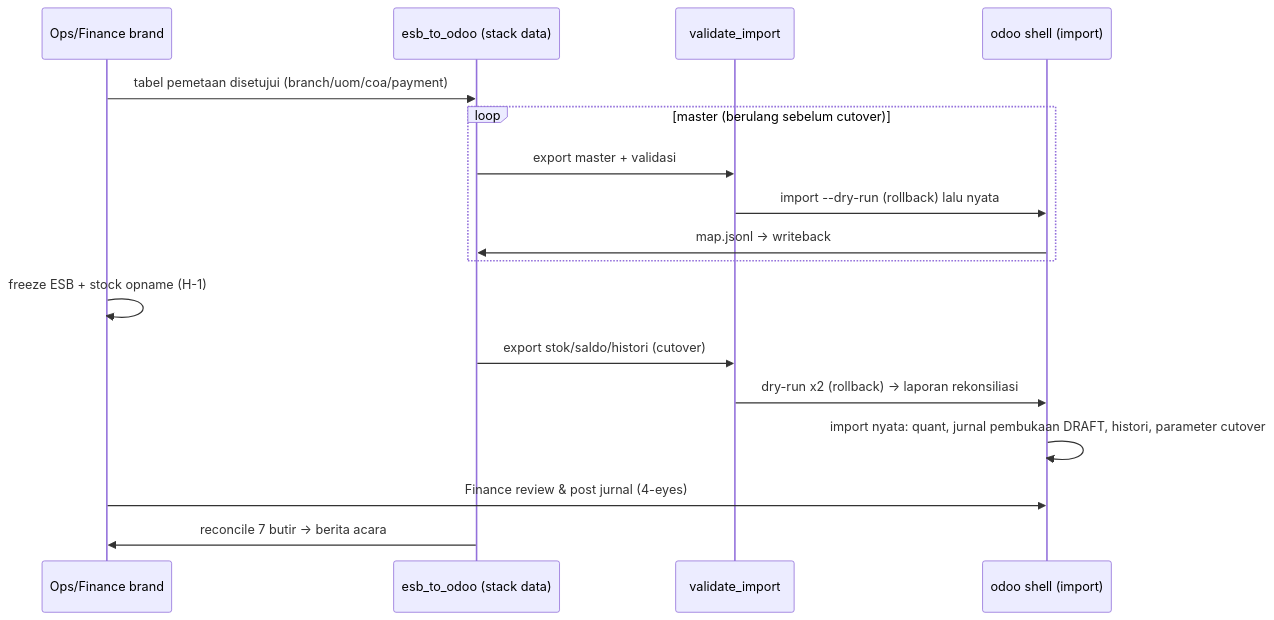
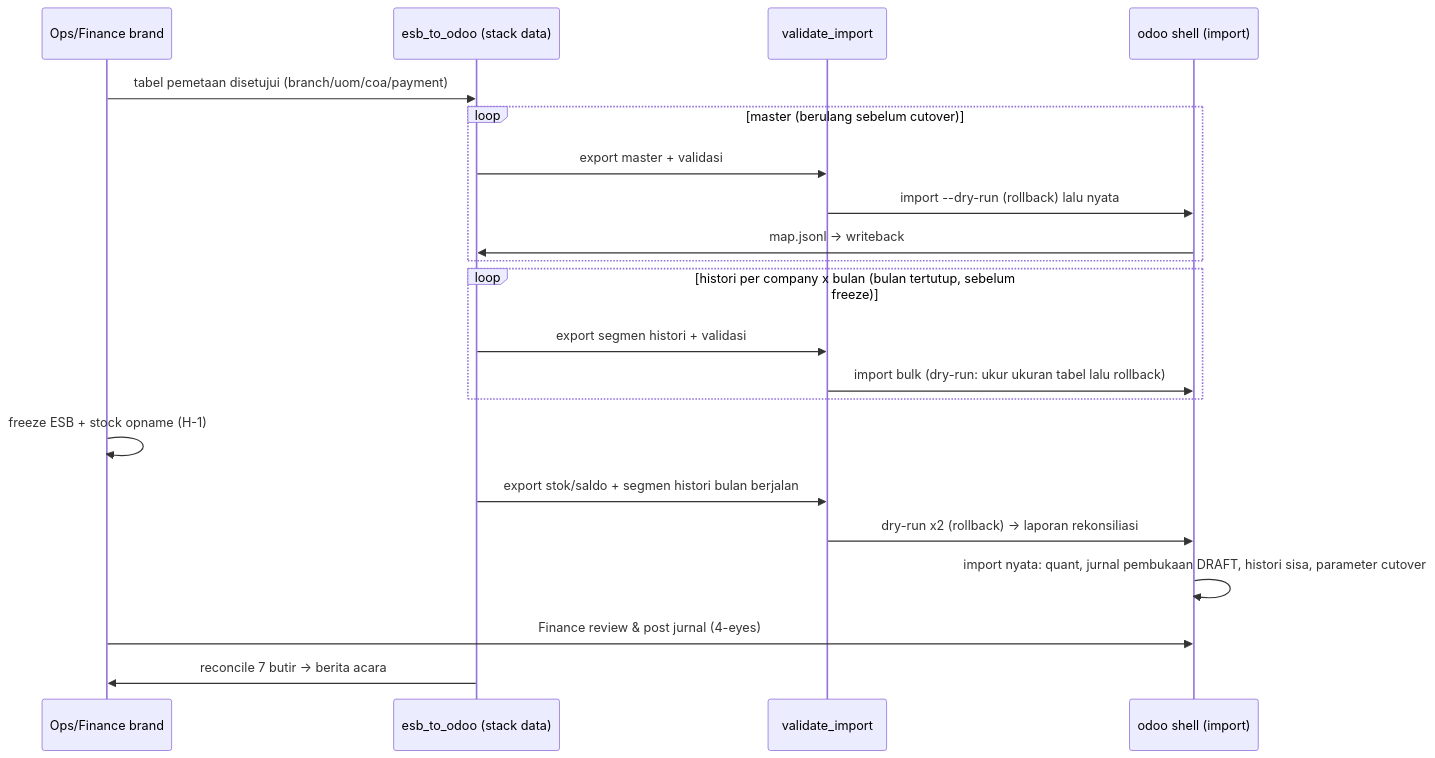
The second of 2 diagrams in docs/decisions/ADR-042-migrasi-esb-odoo-dan-histori.md (BIma-Creative-Tech/efn-platform), drawn with Mermaid before and after one commit. The commit also changed other lines of this file and 100 other files, not shown here.

````diff
--- a/docs/decisions/ADR-042-migrasi-esb-odoo-dan-histori.md
+++ b/docs/decisions/ADR-042-migrasi-esb-odoo-dan-histori.md
@@ -191,19 +239,23 @@
 ```mermaid
 sequenceDiagram
   participant Ops as Ops/Finance brand
   participant X as esb_to_odoo (stack data)
   participant V as validate_import
   participant O as odoo shell (import)
   Ops->>X: tabel pemetaan disetujui (branch/uom/coa/payment)
   loop master (berulang sebelum cutover)
     X->>V: export master + validasi
     V->>O: import --dry-run (rollback) lalu nyata
     O->>X: map.jsonl -> writeback
   end
+  loop histori per company x bulan (bulan tertutup, sebelum freeze)
+    X->>V: export segmen histori + validasi
+    V->>O: import bulk (dry-run: ukur ukuran tabel lalu rollback)
+  end
   Ops->>Ops: freeze ESB + stock opname (H-1)
-  X->>V: export stok/saldo/histori (cutover)
+  X->>V: export stok/saldo + segmen histori bulan berjalan
   V->>O: dry-run x2 (rollback) -> laporan rekonsiliasi
-  O->>O: import nyata: quant, jurnal pembukaan DRAFT, histori, parameter cutover
+  O->>O: import nyata: quant, jurnal pembukaan DRAFT, histori sisa, parameter cutover
   Ops->>O: Finance review & post jurnal (4-eyes)
   X->>Ops: reconcile 7 butir -> berita acara
 ```
````
